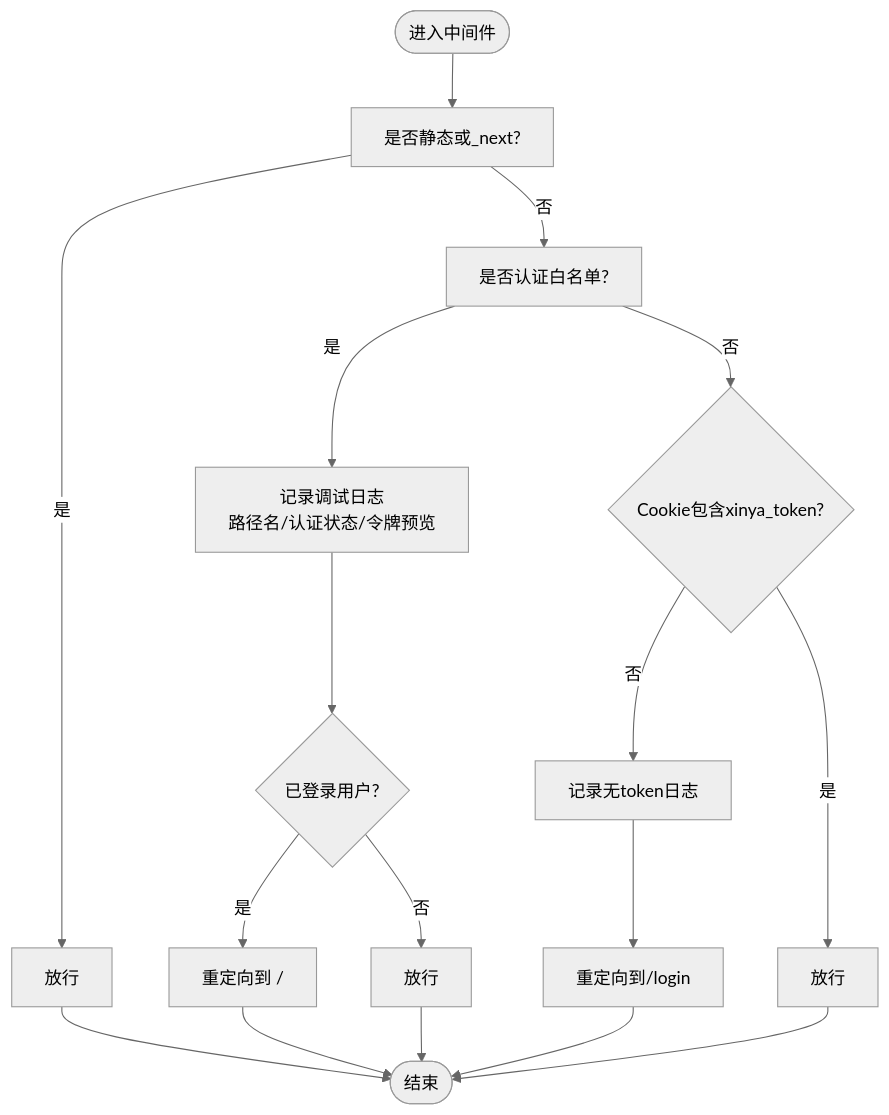
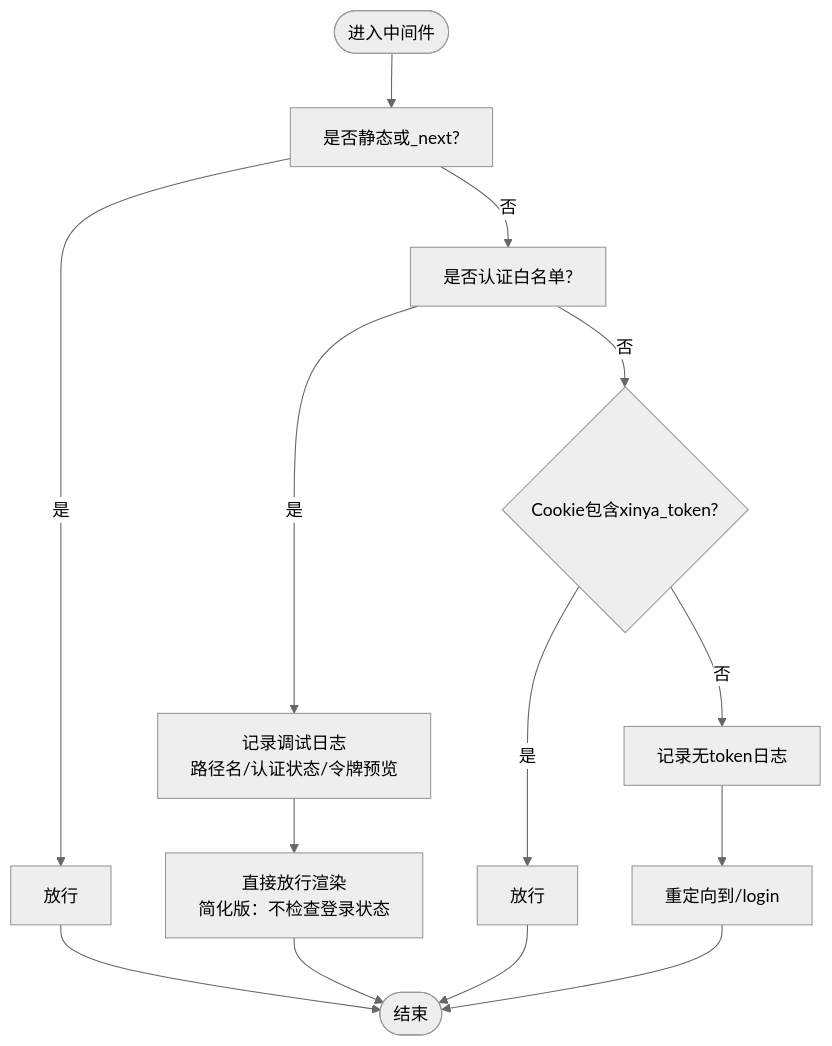
Before and after one commit to kangkang919/xinya: the third of 7 diagrams in .qoder/repowiki/zh/content/用户认证系统/认证中间件.md, drawn with Mermaid (neutral theme). The commit also changed other lines of this file and 37 other files, not shown here.

````diff
--- a/.qoder/repowiki/zh/content/用户认证系统/认证中间件.md
+++ b/.qoder/repowiki/zh/content/用户认证系统/认证中间件.md
@@ -169,19 +161,16 @@
 ```mermaid
 flowchart TD
 Start(["进入中间件"]) --> CheckStatic["是否静态或_next?"]
 CheckStatic --> |是| Pass1["放行"]
 CheckStatic --> |否| CheckAuthPages["是否认证白名单?"]
 CheckAuthPages --> |是| LogDebug["记录调试日志<br/>路径名/认证状态/令牌预览"]
-LogDebug --> HasToken{"已登录用户?"}
-HasToken --> |是| RedirectHome["重定向到 /"]
-HasToken --> |否| Pass2["放行"]
-CheckAuthPages --> |否| HasToken2{"Cookie包含xinya_token?"}
-HasToken2 --> |否| LogNoToken["记录无token日志"]
+LogDebug --> DirectPass["直接放行渲染<br/>简化版：不检查登录状态"]
+CheckAuthPages --> |否| HasToken{"Cookie包含xinya_token?"}
+HasToken --> |否| LogNoToken["记录无token日志"]
 LogNoToken --> RedirectLogin["重定向到/login"]
-HasToken2 --> |是| Pass3["放行"]
+HasToken --> |是| Pass3["放行"]
 Pass1 --> End(["结束"])
-Pass2 --> End
+DirectPass --> End
 Pass3 --> End
-RedirectHome --> End
 RedirectLogin --> End
 ```
````
